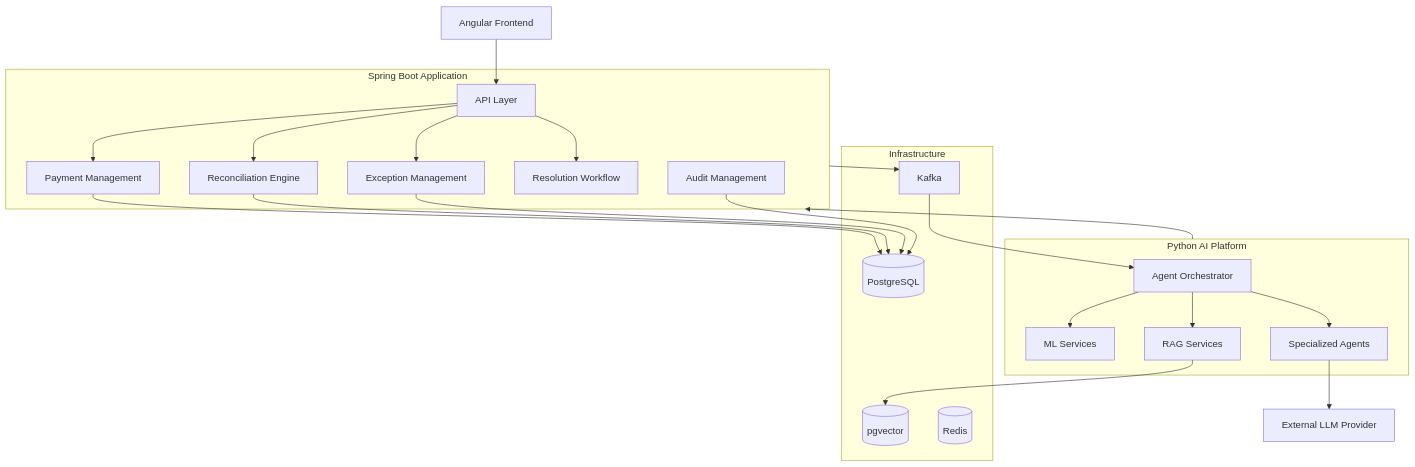
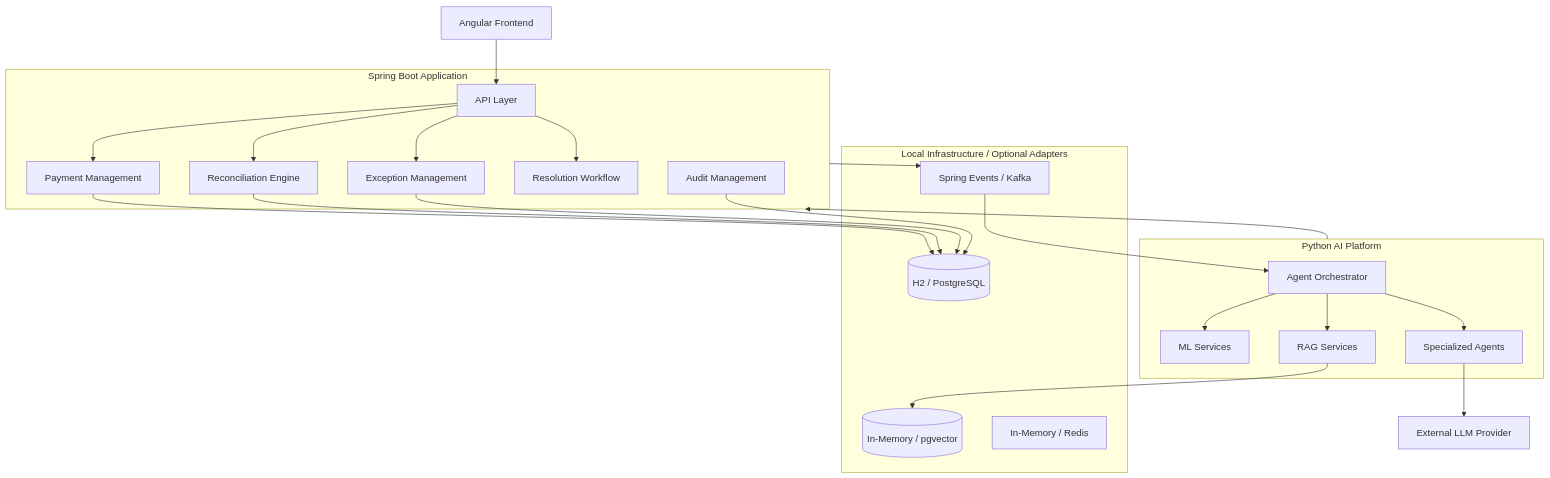
One commit to pauluswi/arus-ai changed the second of 8 diagrams in docs/ARC42.md. Above: the diagram before and after it, drawn with Mermaid. The commit also changed other lines of this file and 1 other file, not shown here.

Commit message:
Revise both documents for a mocked, local-only runtime

````diff
--- a/docs/ARC42.md
+++ b/docs/ARC42.md
@@ -321,51 +328,51 @@
 ```mermaid
 flowchart TB
     UI[Angular Frontend]
 
     subgraph CORE[Spring Boot Application]
         API[API Layer]
         PM[Payment Management]
         RE[Reconciliation Engine]
         EM[Exception Management]
         WF[Resolution Workflow]
         AUD[Audit Management]
     end
 
     subgraph AI[Python AI Platform]
         ORCH[Agent Orchestrator]
         ML[ML Services]
         RAG[RAG Services]
         AGENTS[Specialized Agents]
     end
 
-    subgraph INFRA[Infrastructure]
-        DB[(PostgreSQL)]
-        VDB[(pgvector)]
-        KAFKA[Kafka]
-        REDIS[(Redis)]
+    subgraph INFRA[Local Infrastructure / Optional Adapters]
+        DB[(H2 / PostgreSQL)]
+        VDB[(In-Memory / pgvector)]
+        EVENTS[Spring Events / Kafka]
+        CACHE[In-Memory / Redis]
     end
 
     LLM[External LLM Provider]
 
     UI --> API
     API --> PM
     API --> RE
     API --> EM
     API --> WF
 
     PM --> DB
     RE --> DB
     EM --> DB
     AUD --> DB
 
-    CORE --> KAFKA
-    KAFKA --> ORCH
+    CORE --> EVENTS
+    EVENTS --> ORCH
 
     ORCH --> ML
     ORCH --> RAG
     ORCH --> AGENTS
 
     RAG --> VDB
     AGENTS --> LLM
     AI --> CORE
 ```
````
